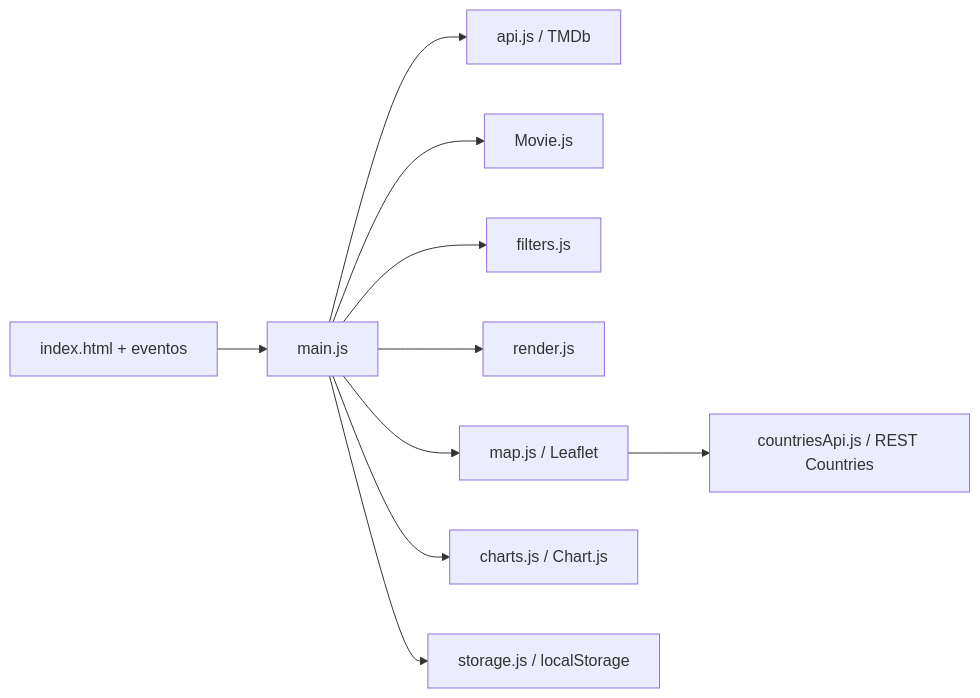
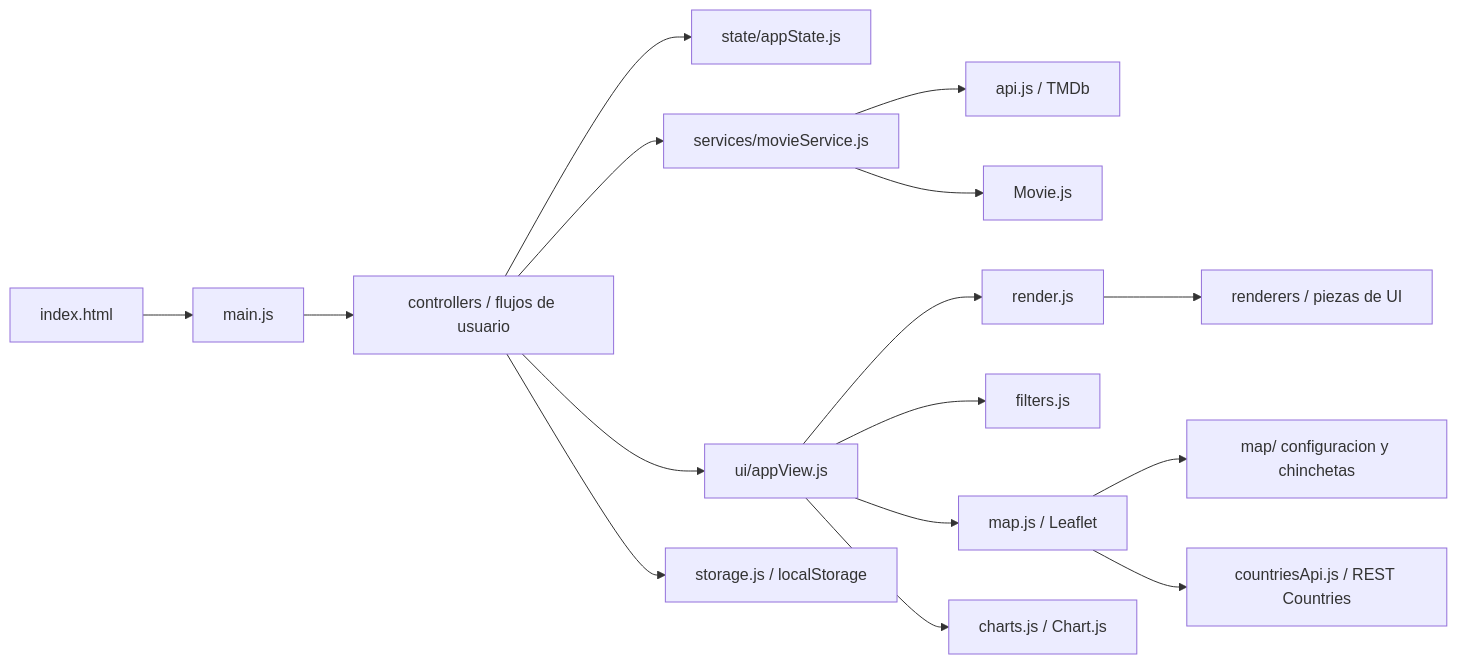
The diagram in README.md (AnastasioNieves/cineData2), drawn with Mermaid before and after one commit. The commit also changed other lines of this file and 30 other files, not shown here.

Commit message:
refactor: split frontend architecture

````diff
--- a/README.md
+++ b/README.md
@@ -66,12 +96,18 @@
 ```mermaid
 flowchart LR
-  UI["index.html + eventos"] --> MAIN["main.js"]
-  MAIN --> API["api.js / TMDb"]
-  MAIN --> MODEL["Movie.js"]
-  MAIN --> FILTERS["filters.js"]
-  MAIN --> RENDER["render.js"]
-  MAIN --> MAP["map.js / Leaflet"]
-  MAIN --> CHARTS["charts.js / Chart.js"]
-  MAIN --> STORAGE["storage.js / localStorage"]
+  UI["index.html"] --> MAIN["main.js"]
+  MAIN --> CONTROLLERS["controllers / flujos de usuario"]
+  CONTROLLERS --> STATE["state/appState.js"]
+  CONTROLLERS --> SERVICES["services/movieService.js"]
+  CONTROLLERS --> VIEW["ui/appView.js"]
+  SERVICES --> API["api.js / TMDb"]
+  SERVICES --> MODEL["Movie.js"]
+  VIEW --> RENDER["render.js"]
+  RENDER --> RENDERERS["renderers / piezas de UI"]
+  VIEW --> FILTERS["filters.js"]
+  VIEW --> MAP["map.js / Leaflet"]
+  MAP --> MAP_HELPERS["map/ configuracion y chinchetas"]
+  VIEW --> CHARTS["charts.js / Chart.js"]
+  CONTROLLERS --> STORAGE["storage.js / localStorage"]
   MAP --> COUNTRIES["countriesApi.js / REST Countries"]
 ```
````
